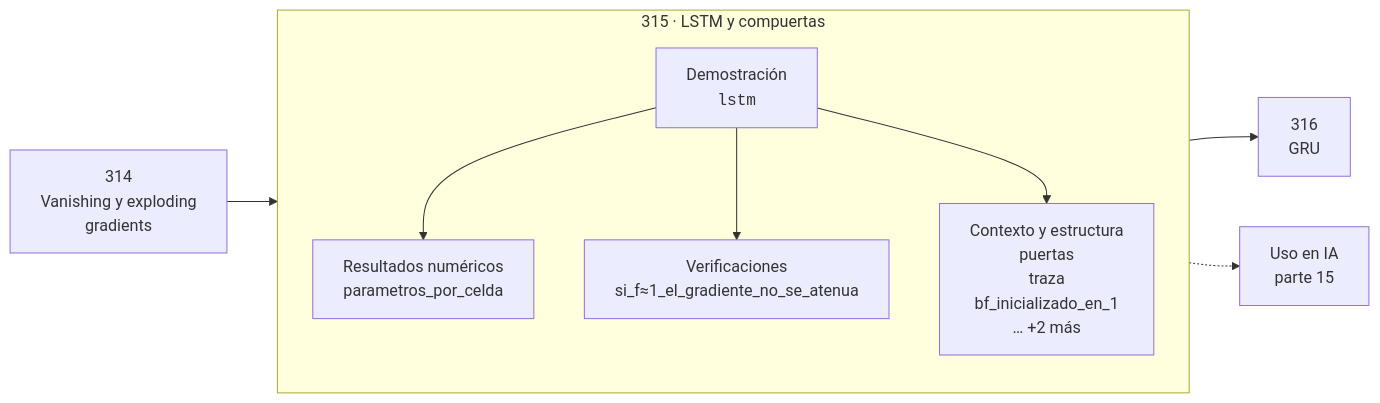
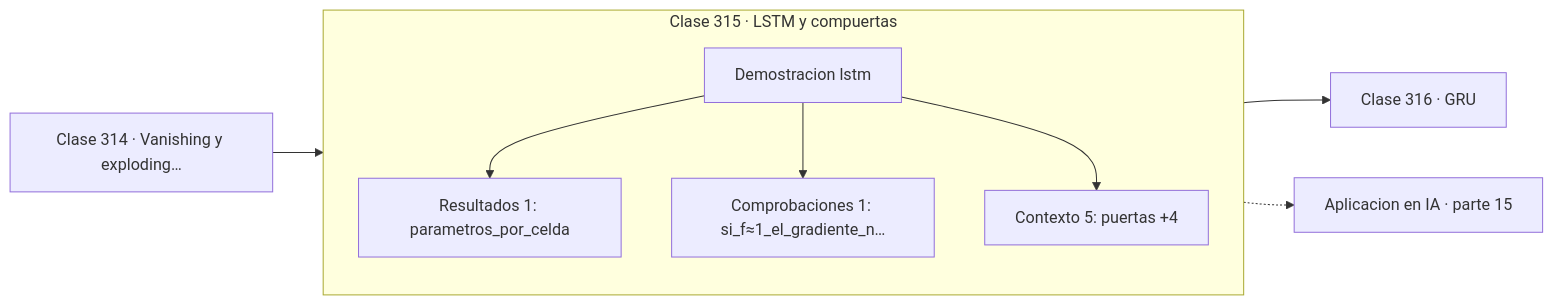
Before and after one commit to vladimiracunadev-create/computational-mathematics-program: the diagram in classes/part-15-matematica-de-deep-learning/315-lstm-y-compuertas/README.md, drawn with Mermaid. The commit also changed 389 other files, not shown here.

First line of the commit message:
fix(diagramas): elimina el HTML de las etiquetas Mermaid

````diff
--- a/classes/part-15-matematica-de-deep-learning/315-lstm-y-compuertas/README.md
+++ b/classes/part-15-matematica-de-deep-learning/315-lstm-y-compuertas/README.md
@@ -30,12 +30,13 @@
 ```mermaid
 flowchart LR
-    P["314<br/>Vanishing y exploding<br/>gradients"] --> C
-    subgraph C["315 · LSTM y compuertas"]
+    P["Clase 314 · Vanishing y exploding…"] --> D
+    subgraph CLASE["Clase 315 · LSTM y compuertas"]
         direction TB
-        D["Demostración<br/><code>lstm</code>"] --> R["Resultados numéricos<br/>parametros_por_celda"]
-        D --> V["Verificaciones<br/>si_f≈1_el_gradiente_no_se_atenua"]
-        D --> O["Contexto y estructura<br/>puertas<br/>traza<br/>bf_inicializado_en_1<br/>… +2 más"]
+        D["Demostracion lstm"]
+        D --> R["Resultados 1: parametros_por_celda"]
+        D --> V["Comprobaciones 1: si_f≈1_el_gradiente_n…"]
+        D --> O["Contexto 5: puertas +4"]
     end
-    C --> N["316<br/>GRU"]
-    C -.-> IA["Uso en IA<br/>parte 15"]
+    R --> N["Clase 316 · GRU"]
+    V -.-> IA["Aplicacion en IA · parte 15"]
 ```
````
